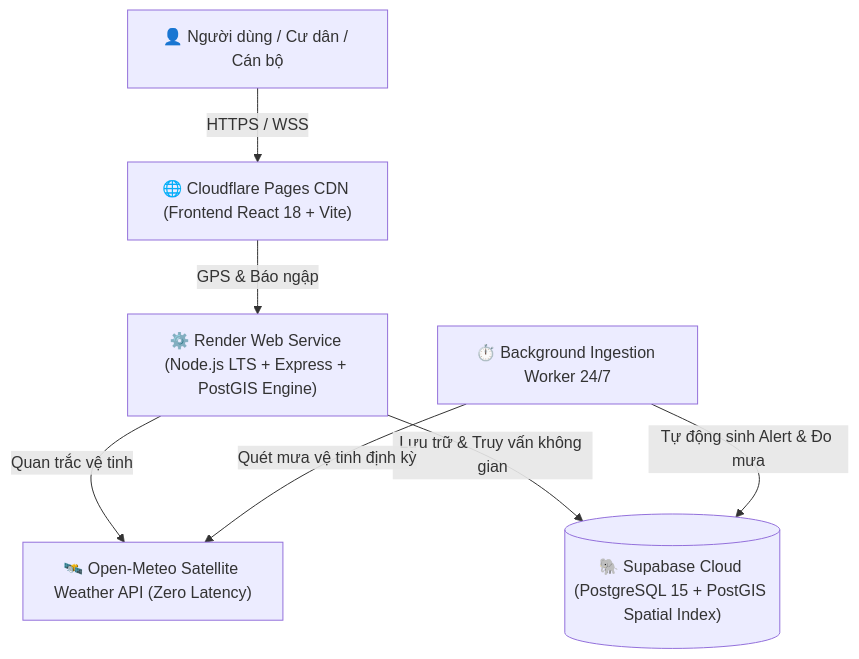
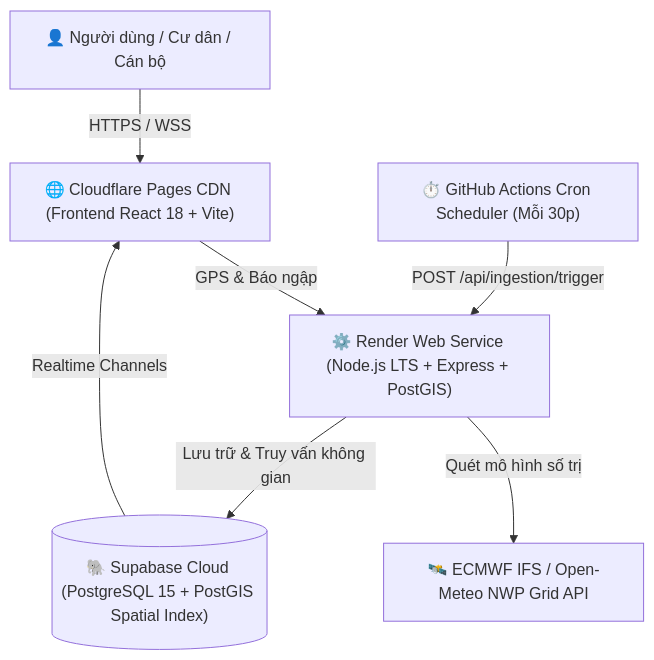
The diagram in README.md (datwhite21/Hanoi-FloodWatch-GIS), drawn with Mermaid before and after one commit. The commit also changed other lines of this file and 12 other files, not shown here.

````diff
--- a/README.md
+++ b/README.md
@@ -35,9 +40,9 @@
 ```mermaid
 graph TD
     User["👤 Người dùng / Cư dân / Cán bộ"] -->|HTTPS / WSS| CDN["🌐 Cloudflare Pages CDN (Frontend React 18 + Vite)"]
-    CDN -->|GPS & Báo ngập| API["⚙️ Render Web Service (Node.js LTS + Express + PostGIS Engine)"]
-    API -->|Quan trắc vệ tinh| Meteo["🛰️ Open-Meteo Satellite Weather API (Zero Latency)"]
+    CDN -->|GPS & Báo ngập| API["⚙️ Render Web Service (Node.js LTS + Express + PostGIS)"]
+    GHA["⏱️ GitHub Actions Cron Scheduler (Mỗi 30p)"] -->|POST /api/ingestion/trigger| API
+    API -->|Quét mô hình số trị| Meteo["🛰️ ECMWF IFS / Open-Meteo NWP Grid API"]
     API -->|Lưu trữ & Truy vấn không gian| DB[("🐘 Supabase Cloud (PostgreSQL 15 + PostGIS Spatial Index)")]
-    Worker["⏱️ Background Ingestion Worker 24/7"] -->|Quét mưa vệ tinh định kỳ| Meteo
-    Worker -->|Tự động sinh Alert & Đo mưa| DB
+    DB -->|Realtime Channels| CDN
 ```
````
